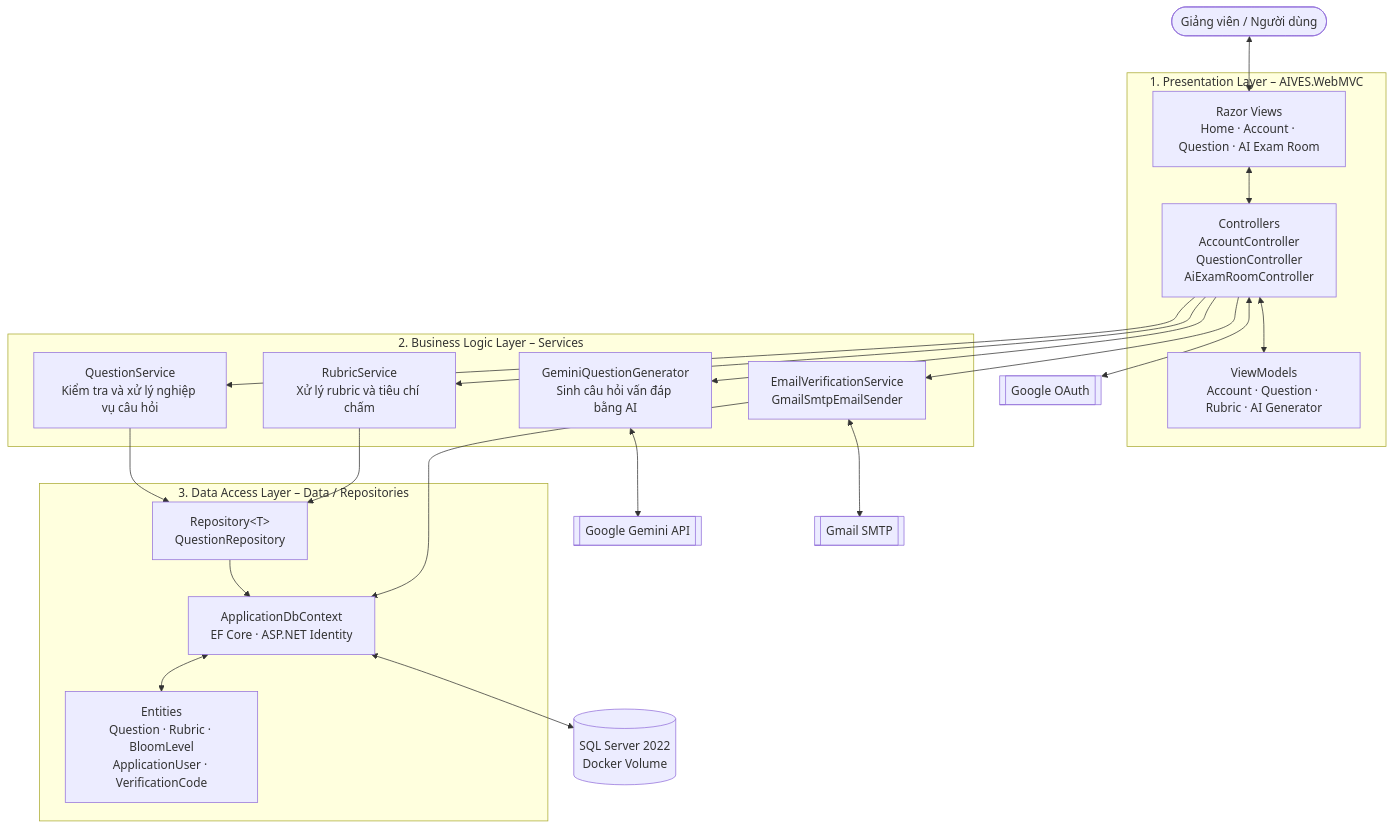
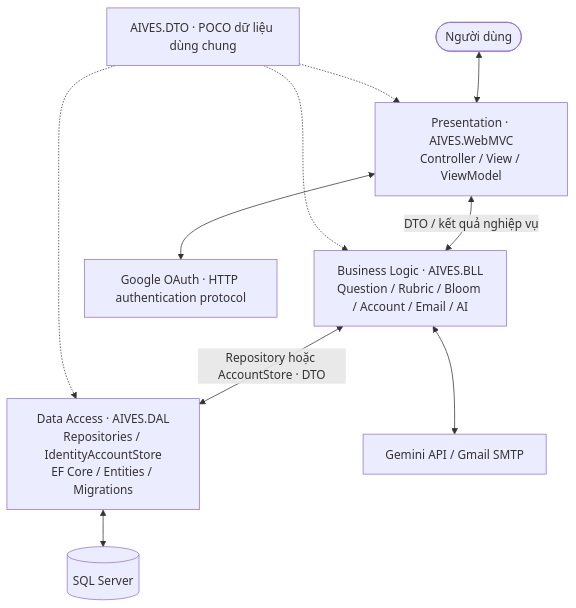
One commit to S0Lmon/AIVES_System changed the diagram in docs/AIVES-3-Layer-Architecture.md. Above: the diagram before and after it, drawn with Mermaid. The commit also changed other lines of this file and 119 other files, not shown here.

Commit message:
Refactor three-layer architecture and add functional tests

````diff
--- a/docs/AIVES-3-Layer-Architecture.md
+++ b/docs/AIVES-3-Layer-Architecture.md
@@ -3,45 +13,12 @@
 ```mermaid
 flowchart TB
-    User([Giảng viên / Người dùng])
-
-    subgraph P["1. Presentation Layer – AIVES.WebMVC"]
-        Views["Razor Views<br/>Home · Account · Question · AI Exam Room"]
-        Controllers["Controllers<br/>AccountController<br/>QuestionController<br/>AiExamRoomController"]
-        ViewModels["ViewModels<br/>Account · Question · Rubric · AI Generator"]
-        Views <--> Controllers
-        Controllers <--> ViewModels
-    end
-
-    subgraph B["2. Business Logic Layer – Services"]
-        QuestionService["QuestionService<br/>Kiểm tra và xử lý nghiệp vụ câu hỏi"]
-        RubricService["RubricService<br/>Xử lý rubric và tiêu chí chấm"]
-        GeminiService["GeminiQuestionGenerator<br/>Sinh câu hỏi vấn đáp bằng AI"]
-        EmailService["EmailVerificationService<br/>GmailSmtpEmailSender"]
-    end
-
-    subgraph D["3. Data Access Layer – Data / Repositories"]
-        Repositories["Repository&lt;T&gt;<br/>QuestionRepository"]
-        DbContext["ApplicationDbContext<br/>EF Core · ASP.NET Identity"]
-        Entities["Entities<br/>Question · Rubric · BloomLevel<br/>ApplicationUser · VerificationCode"]
-        Repositories --> DbContext
-        DbContext <--> Entities
-    end
-
-    Sql[("SQL Server 2022<br/>Docker Volume")]
-    Gemini[["Google Gemini API"]]
-    Gmail[["Gmail SMTP"]]
-    Google[["Google OAuth"]]
-
-    User <--> Views
-    Controllers --> QuestionService
-    Controllers --> RubricService
-    Controllers --> GeminiService
-    Controllers --> EmailService
-    QuestionService --> Repositories
-    RubricService --> Repositories
-    EmailService --> DbContext
-    DbContext <--> Sql
-    GeminiService <--> Gemini
-    EmailService <--> Gmail
-    Controllers <--> Google
+    User([Người dùng]) <--> GUI["Presentation · AIVES.WebMVC<br/>Controller / View / ViewModel"]
+    GUI <-->|"DTO / kết quả nghiệp vụ"| BLL["Business Logic · AIVES.BLL<br/>Question / Rubric / Bloom / Account / Email / AI"]
+    BLL <-->|"Repository hoặc AccountStore · DTO"| DAL["Data Access · AIVES.DAL<br/>Repositories / IdentityAccountStore<br/>EF Core / Entities / Migrations"]
+    DAL <--> SQL[(SQL Server)]
+    BLL <--> External["Gemini API / Gmail SMTP"]
+    GUI <--> Google["Google OAuth · HTTP authentication protocol"]
+    DTO["AIVES.DTO · POCO dữ liệu dùng chung"] -.-> GUI
+    DTO -.-> BLL
+    DTO -.-> DAL
 ```
````
